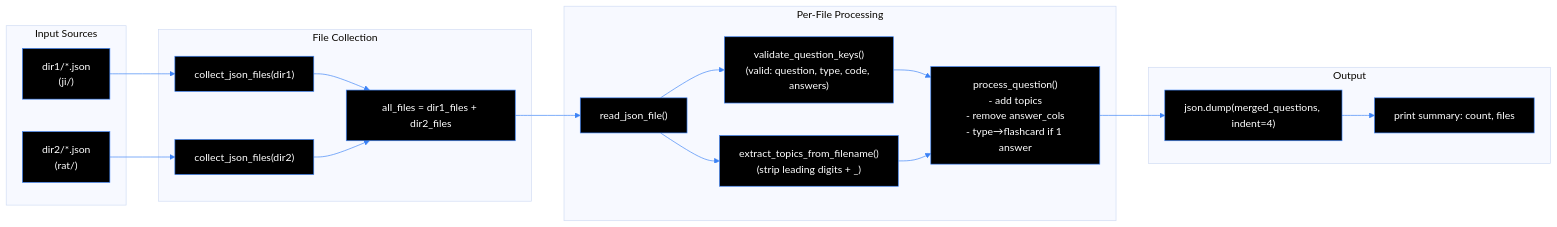
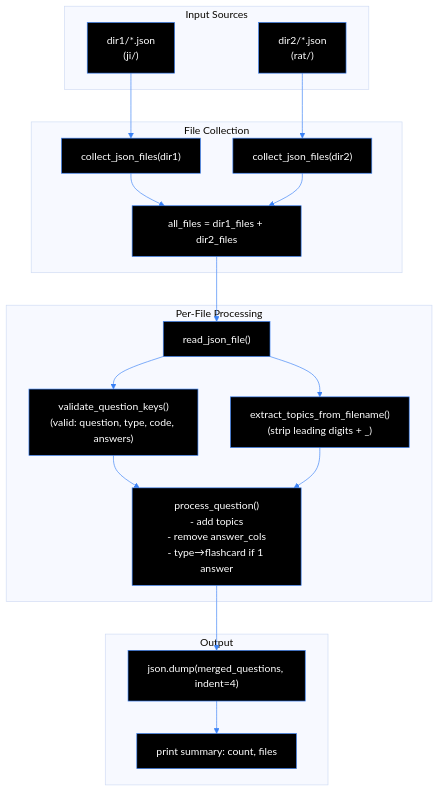
The second of 5 diagrams in docs/review/EDA.md (ArtjomAdamow/Fennelkernel-flashcards), drawn with Mermaid (base theme) before and after one commit. The commit also changed other lines of this file and 3 other files, not shown here.

````diff
--- a/docs/review/EDA.md
+++ b/docs/review/EDA.md
@@ -184,43 +208,43 @@
 ```mermaid
-graph LR
+graph TD
     %% arrow A --> B: B uses A; dashed = component of another section
     %% dashed arrow A -.-> B: transitive relation (data flow through module-level variables)
     classDef ext stroke: #3b82f6,stroke-dasharray: 4 3
     linkStyle default stroke: #3b82f6, color: #3b82f6
     classDef default fill: #000000ff, stroke: #3b82f6, color: #ffffffff
 
     subgraph sg_input["Input Sources"]
         dir1["dir1/*.json\n(ji/)"]
         dir2["dir2/*.json\n(rat/)"]
     end
 
     subgraph sg_collect["File Collection"]
         collect1["collect_json_files(dir1)"]
         collect2["collect_json_files(dir2)"]
         all_files["all_files = dir1_files + dir2_files"]
     end
 
     subgraph sg_process["Per-File Processing"]
         read["read_json_file()"]
         extract["extract_topics_from_filename()\n(strip leading digits + _)"]
         validate["validate_question_keys()\n(valid: question, type, code, answers)"]
         process["process_question()\n- add topics\n- remove answer_cols\n- type→flashcard if 1 answer"]
     end
 
     subgraph sg_output["Output"]
         write["json.dump(merged_questions, indent=4)"]
         summary["print summary: count, files"]
     end
 
     dir1 --> collect1
     dir2 --> collect2
     collect1 --> all_files
     collect2 --> all_files
     all_files --> read
     read --> extract
     read --> validate
     validate --> process
     extract --> process
     process --> write
     write --> summary
 ```
````
